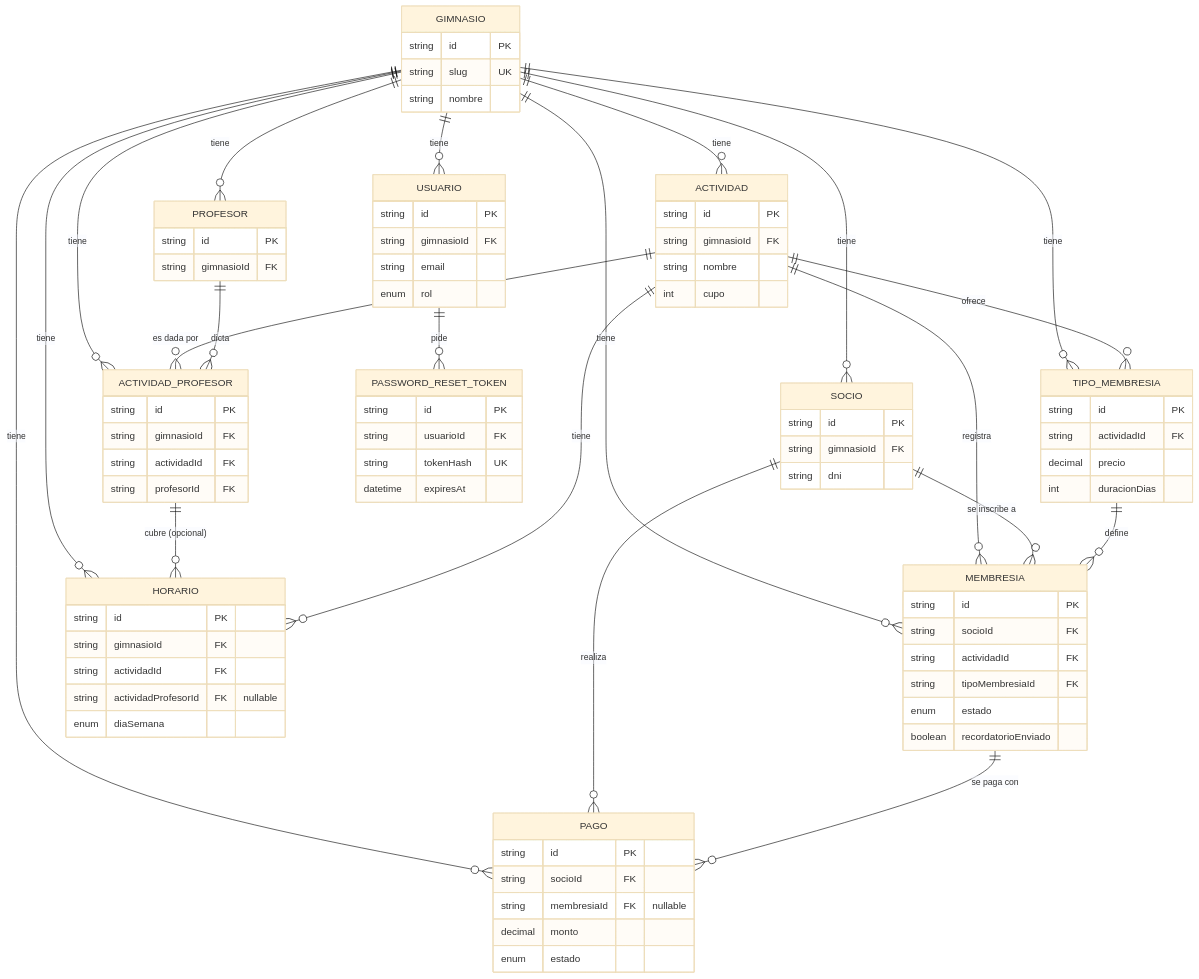
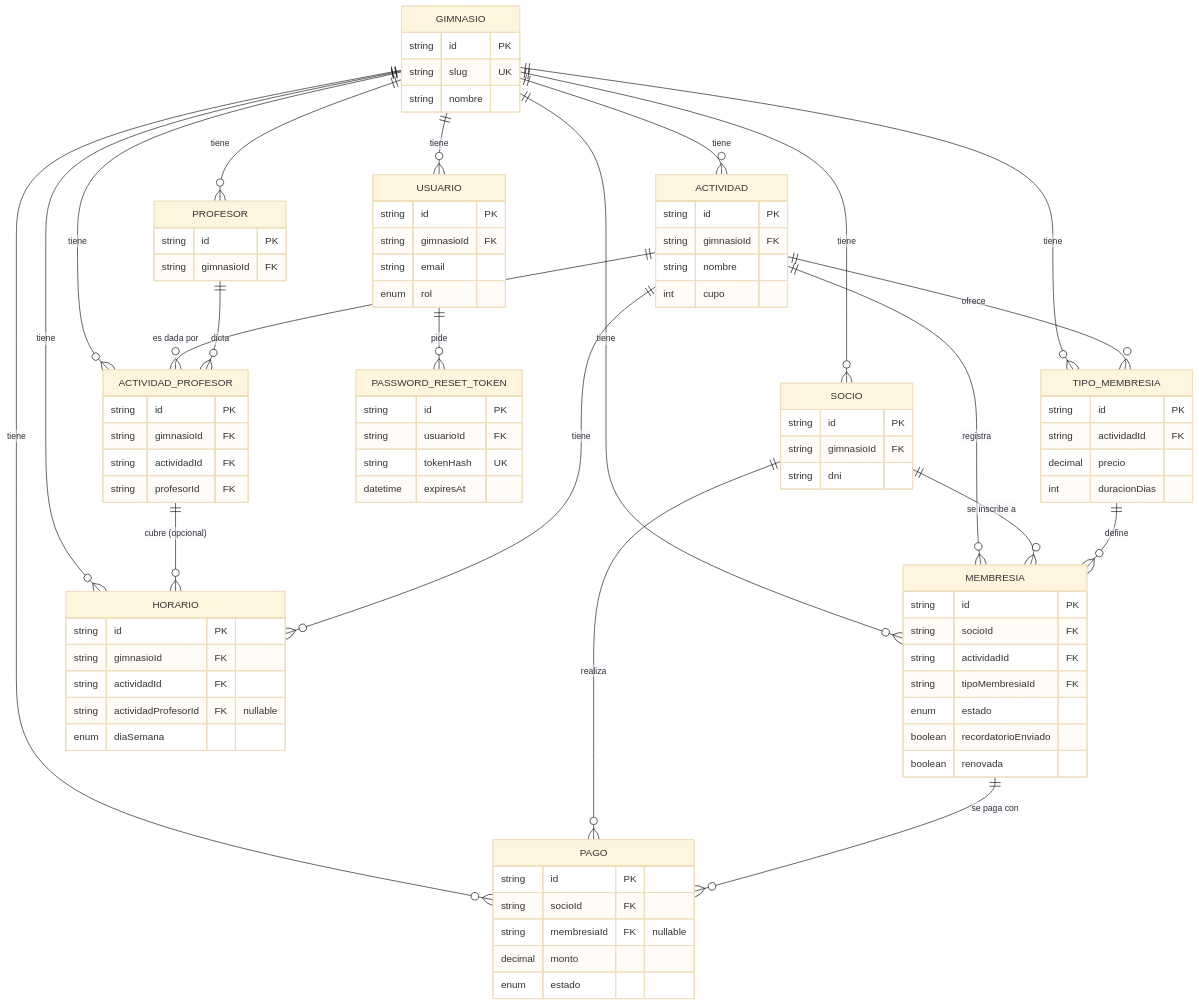
One commit to ClasiCKGit/MetSisII changed the diagram in docs/backend/database.md. Above: the diagram before and after it, drawn with Mermaid (base theme). The commit also changed other lines of this file and 6 other files, not shown here.

```diff
--- a/docs/backend/database.md
+++ b/docs/backend/database.md
@@ -82,6 +82,7 @@
         string tipoMembresiaId FK
         enum estado
         boolean recordatorioEnviado
+        boolean renovada
     }
     PAGO {
         string id PK
```
